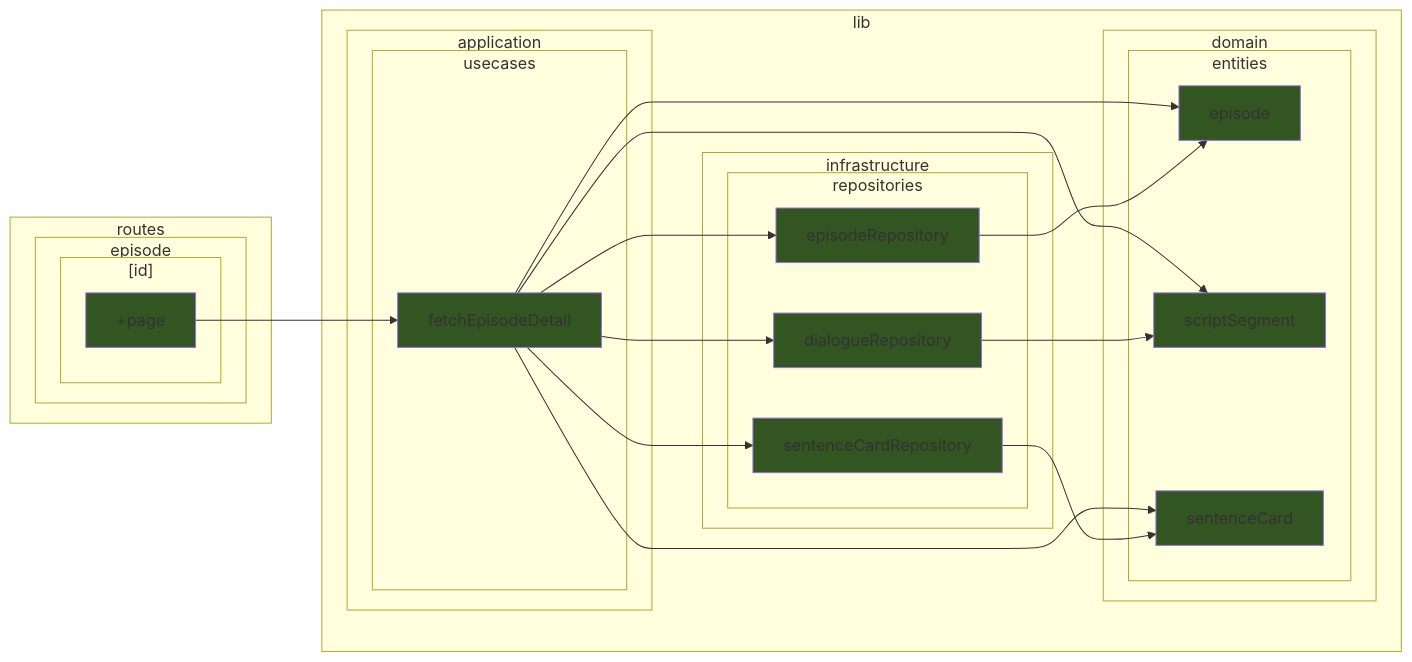
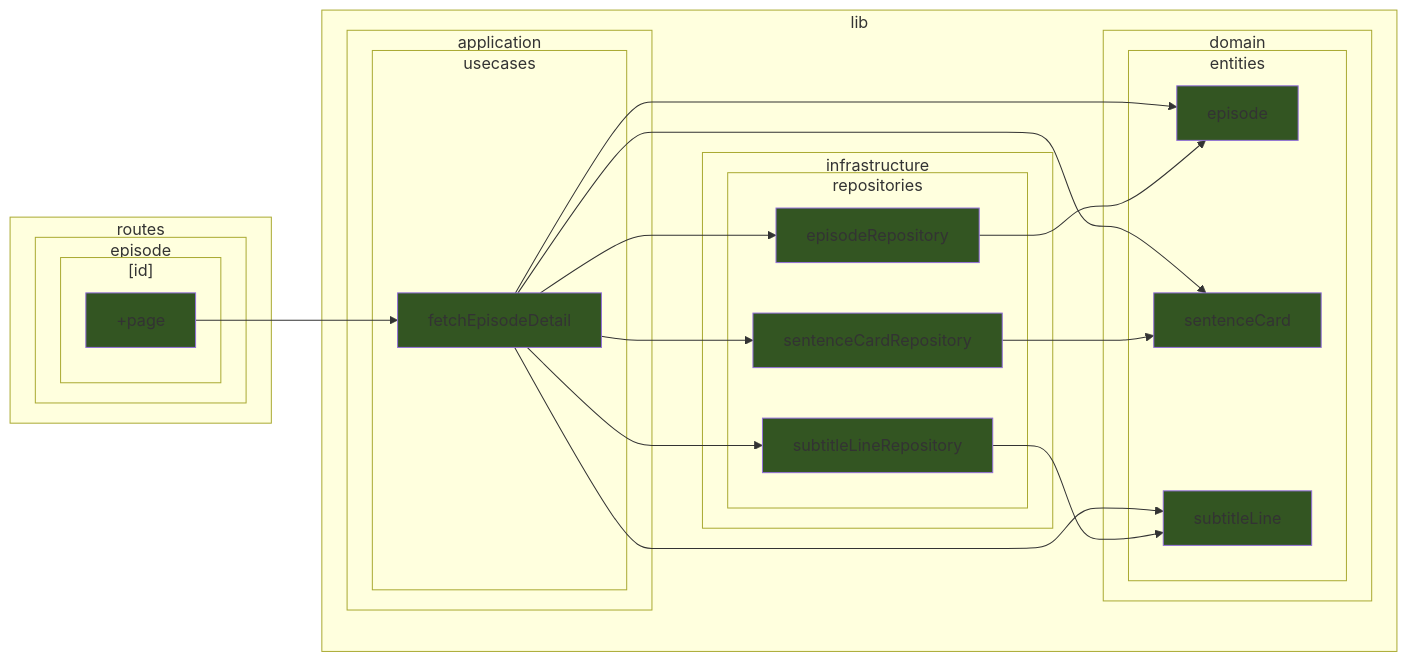
One commit to k5n/kotonoha changed diagram 18 of 39 in doc/dependency-graph.md. Above: the diagram before and after it, drawn with Mermaid. The commit also changed other lines of this file, not shown here.

````diff
--- a/doc/dependency-graph.md
+++ b/doc/dependency-graph.md
@@ -967,52 +967,52 @@
 ```mermaid
 graph LR
     classDef cssSvelteComponent fill:#325;
     classDef cssSvelteScript fill:#535;
     classDef cssTypeScript fill:#352;
         subgraph sg_lib ["lib"]
             subgraph sg_lib_application ["application"]
                 subgraph sg_lib_application_usecases ["usecases"]
                     src_lib_application_usecases_fetchEpisodeDetail_ts["fetchEpisodeDetail"]
                 end
             end
             subgraph sg_lib_domain ["domain"]
                 subgraph sg_lib_domain_entities ["entities"]
                     src_lib_domain_entities_episode_ts["episode"]
-                    src_lib_domain_entities_scriptSegment_ts["scriptSegment"]
                     src_lib_domain_entities_sentenceCard_ts["sentenceCard"]
+                    src_lib_domain_entities_subtitleLine_ts["subtitleLine"]
                 end
             end
             subgraph sg_lib_infrastructure ["infrastructure"]
                 subgraph sg_lib_infrastructure_repositories ["repositories"]
-                    src_lib_infrastructure_repositories_dialogueRepository_ts["dialogueRepository"]
                     src_lib_infrastructure_repositories_episodeRepository_ts["episodeRepository"]
                     src_lib_infrastructure_repositories_sentenceCardRepository_ts["sentenceCardRepository"]
+                    src_lib_infrastructure_repositories_subtitleLineRepository_ts["subtitleLineRepository"]
                 end
             end
         end
         subgraph sg_routes ["routes"]
             subgraph sg_routes_episode ["episode"]
                 subgraph sg_routes_episode__id_ ["[id]"]
                     src_routes_episode__id___page_ts["+page"]
                 end
             end
         end
     src_lib_application_usecases_fetchEpisodeDetail_ts --> src_lib_domain_entities_episode_ts
-    src_lib_application_usecases_fetchEpisodeDetail_ts --> src_lib_domain_entities_scriptSegment_ts
     src_lib_application_usecases_fetchEpisodeDetail_ts --> src_lib_domain_entities_sentenceCard_ts
-    src_lib_application_usecases_fetchEpisodeDetail_ts --> src_lib_infrastructure_repositories_dialogueRepository_ts
+    src_lib_application_usecases_fetchEpisodeDetail_ts --> src_lib_domain_entities_subtitleLine_ts
     src_lib_application_usecases_fetchEpisodeDetail_ts --> src_lib_infrastructure_repositories_episodeRepository_ts
     src_lib_application_usecases_fetchEpisodeDetail_ts --> src_lib_infrastructure_repositories_sentenceCardRepository_ts
-    src_lib_infrastructure_repositories_dialogueRepository_ts --> src_lib_domain_entities_scriptSegment_ts
+    src_lib_application_usecases_fetchEpisodeDetail_ts --> src_lib_infrastructure_repositories_subtitleLineRepository_ts
     src_lib_infrastructure_repositories_episodeRepository_ts --> src_lib_domain_entities_episode_ts
     src_lib_infrastructure_repositories_sentenceCardRepository_ts --> src_lib_domain_entities_sentenceCard_ts
+    src_lib_infrastructure_repositories_subtitleLineRepository_ts --> src_lib_domain_entities_subtitleLine_ts
     src_routes_episode__id___page_ts --> src_lib_application_usecases_fetchEpisodeDetail_ts
     class src_lib_application_usecases_fetchEpisodeDetail_ts cssTypeScript
     class src_lib_domain_entities_episode_ts cssTypeScript
-    class src_lib_domain_entities_scriptSegment_ts cssTypeScript
     class src_lib_domain_entities_sentenceCard_ts cssTypeScript
-    class src_lib_infrastructure_repositories_dialogueRepository_ts cssTypeScript
+    class src_lib_domain_entities_subtitleLine_ts cssTypeScript
     class src_lib_infrastructure_repositories_episodeRepository_ts cssTypeScript
     class src_lib_infrastructure_repositories_sentenceCardRepository_ts cssTypeScript
+    class src_lib_infrastructure_repositories_subtitleLineRepository_ts cssTypeScript
     class src_routes_episode__id___page_ts cssTypeScript
 ```
````
